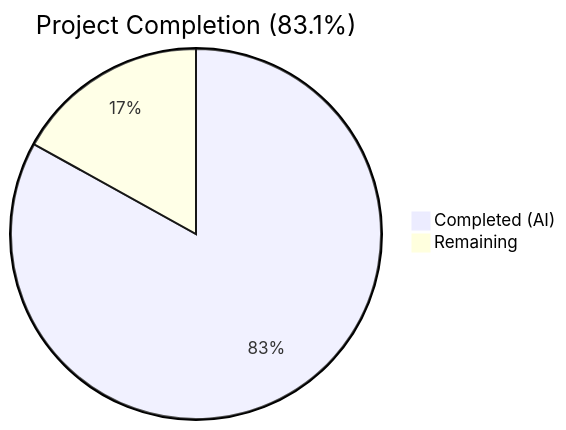
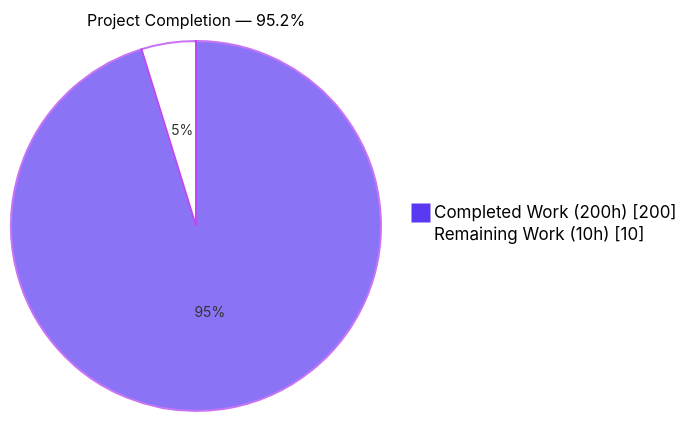
Before and after one commit to Blitzy-Sandbox/blitzy-RudderStack: the first of 3 diagrams in blitzy/documentation/Project Guide.md, drawn with Mermaid. The commit also changed other lines of this file, not shown here.

Commit message:
Adding Blitzy Project Guide: Project Status and Human Tasks Remaining

````diff
--- a/blitzy/documentation/Project Guide.md
+++ b/blitzy/documentation/Project Guide.md
@@ -13,5 +13,7 @@
 ```mermaid
-pie title Project Completion (83.1%)
-    "Completed (AI)" : 402
-    "Remaining" : 82
+%%{init: {"pie": {"textPosition": 0.5}, "themeVariables": {"pieOuterStrokeWidth": "0px", "pie1": "#5B39F3", "pie2": "#FFFFFF", "pieStrokeColor": "#B23AF2", "pieTitleTextSize": "16px", "pieSectionTextSize": "14px"}}}%%
+pie showData
+    title Project Completion — 95.2%
+    "Completed Work (200h)" : 200
+    "Remaining Work (10h)" : 10
 ```
````
